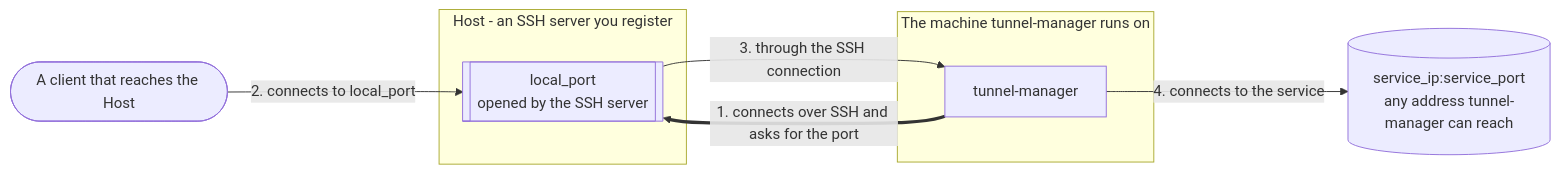
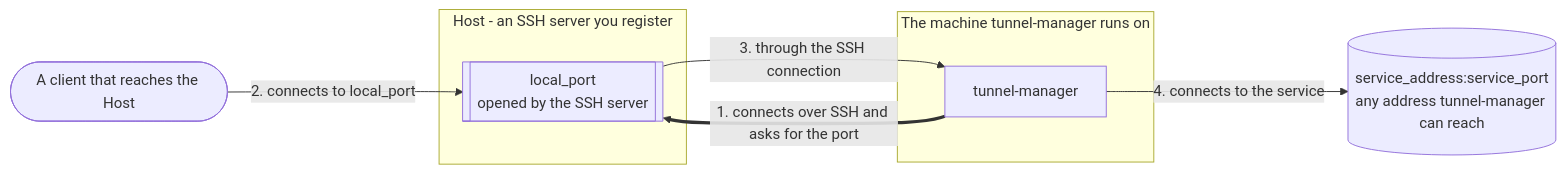
One commit to jollaman999/tunnel-manager changed the first of 2 diagrams in README.md. Above: the diagram before and after it, drawn with Mermaid. The commit also changed other lines of this file and 21 other files, not shown here.

````diff
--- a/README.md
+++ b/README.md
@@ -22,16 +22,16 @@
 ```mermaid
 flowchart LR
     client([A client that reaches the Host])
     subgraph host [Host - an SSH server you register]
         port[["local_port<br/>opened by the SSH server"]]
     end
     subgraph here [The machine tunnel-manager runs on]
         tm[tunnel-manager]
     end
-    service[("service_ip:service_port<br/>any address tunnel-manager can reach")]
+    service[("service_address:service_port<br/>any address tunnel-manager can reach")]
 
     tm ==>|"1. connects over SSH and asks for the port"| port
     client -->|"2. connects to local_port"| port
     port -->|"3. through the SSH connection"| tm
     tm -->|"4. connects to the service"| service
 ```
````
